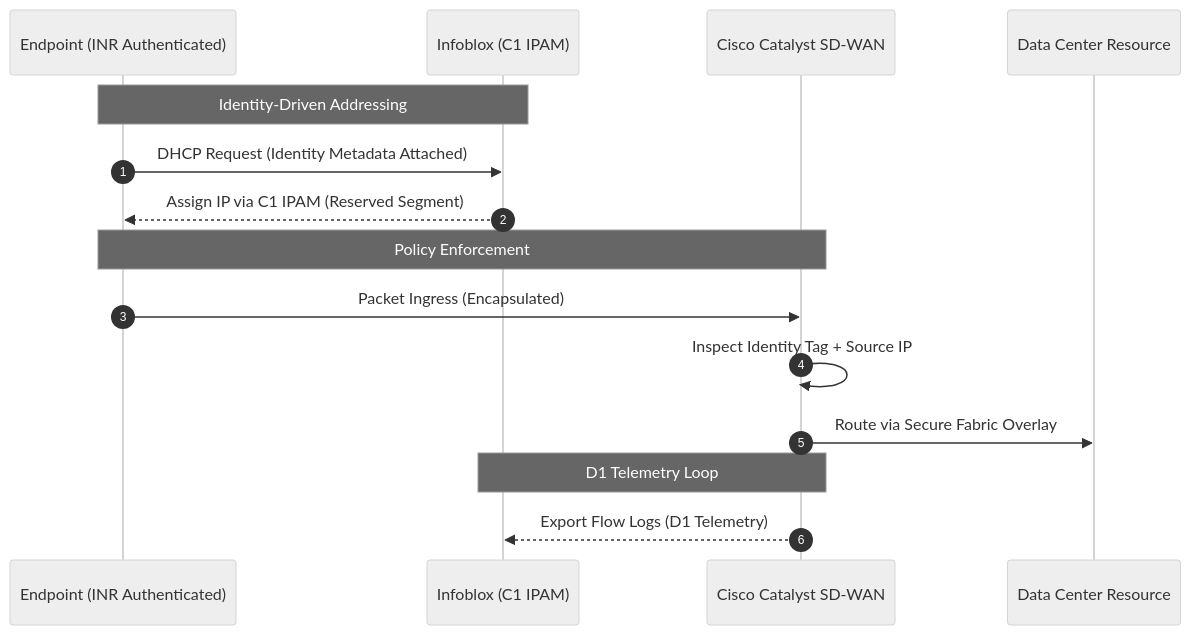
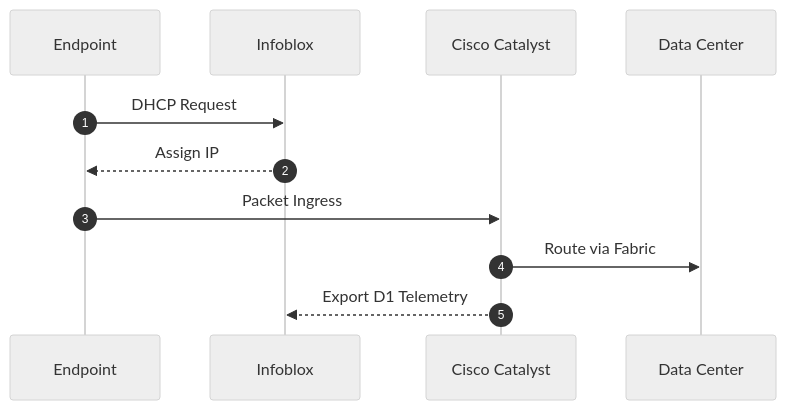
The third of 12 diagrams in diagram-review.md (WhalerMike/uiao), drawn with Mermaid (neutral theme) before and after one commit. The commit also changed other lines of this file, not shown here.

Commit message:
Simplify all 12 Mermaid diagrams to vanilla syntax for GitHub compatibility

````diff
--- a/diagram-review.md
+++ b/diagram-review.md
@@ -66,20 +33,13 @@
 ```mermaid
 sequenceDiagram
-  autonumber
-  participant User as Endpoint (INR Authenticated)
-  participant IB as Infoblox (C1 IPAM)
-  participant SDWAN as Cisco Catalyst SD-WAN
-  participant DC as Data Center Resource
-
-  Note over User, IB: Identity-Driven Addressing
-  User->>IB: DHCP Request (Identity Metadata Attached)
-  IB-->>User: Assign IP via C1 IPAM (Reserved Segment)
-
-  Note over User, SDWAN: Policy Enforcement
-  User->>SDWAN: Packet Ingress (Encapsulated)
-  SDWAN->>SDWAN: Inspect Identity Tag + Source IP
-  SDWAN->>DC: Route via Secure Fabric Overlay
-
-  Note over SDWAN, IB: D1 Telemetry Loop
-  SDWAN-->>IB: Export Flow Logs (D1 Telemetry)
+    autonumber
+    participant User as Endpoint
+    participant IB as Infoblox
+    participant SDWAN as Cisco Catalyst
+    participant DC as Data Center
+    User->>IB: DHCP Request
+    IB-->>User: Assign IP
+    User->>SDWAN: Packet Ingress
+    SDWAN->>DC: Route via Fabric
+    SDWAN-->>IB: Export D1 Telemetry
 ```
````
